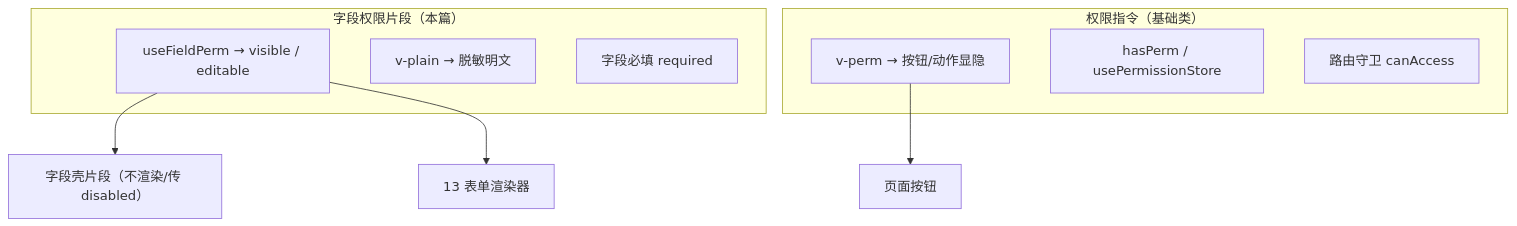
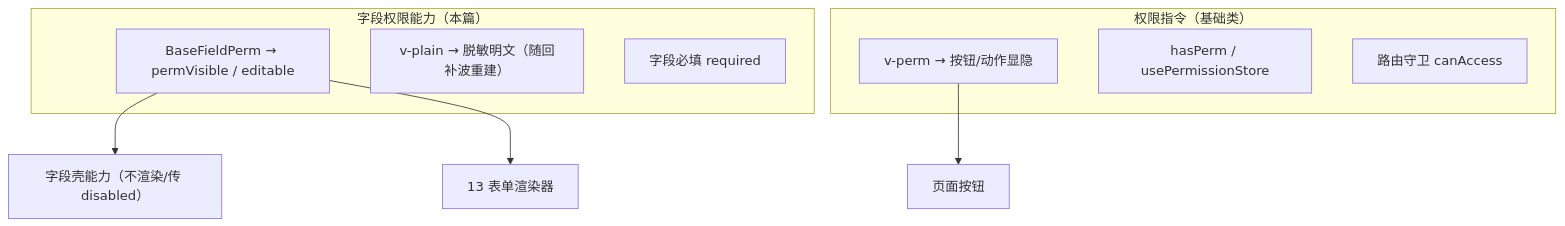
Before and after one commit to minjian123/basic-management-system: the diagram in bms文档/设计/组件设计/02_基础组件类/02_能力片段/11_组件设计_字段权限片段/11_组件设计_字段权限片段.md, drawn with Mermaid. The commit also changed other lines of this file and 49 other files, not shown here.

````diff
--- a/bms文档/设计/组件设计/02_基础组件类/02_能力片段/11_组件设计_字段权限片段/11_组件设计_字段权限片段.md
+++ b/bms文档/设计/组件设计/02_基础组件类/02_能力片段/11_组件设计_字段权限片段/11_组件设计_字段权限片段.md
@@ -17,16 +17,16 @@
 ```mermaid
 flowchart TD
-    subgraph 字段权限["字段权限片段（本篇）"]
-        F1["useFieldPerm → visible / editable"]
-        F2["v-plain → 脱敏明文"]
+    subgraph 字段权限["字段权限能力（本篇）"]
+        F1["BaseFieldPerm → permVisible / editable"]
+        F2["v-plain → 脱敏明文（随回补波重建）"]
         F3["字段必填 required"]
     end
     subgraph 动作权限["权限指令（基础类）"]
         A1["v-perm → 按钮/动作显隐"]
         A2["hasPerm / usePermissionStore"]
         A3["路由守卫 canAccess"]
     end
-    F1 --> W["字段壳片段（不渲染/传 disabled）"]
+    F1 --> W["字段壳能力（不渲染/传 disabled）"]
     F1 --> R["13 表单渲染器"]
     A1 --> P["页面按钮"]
 ```
````
